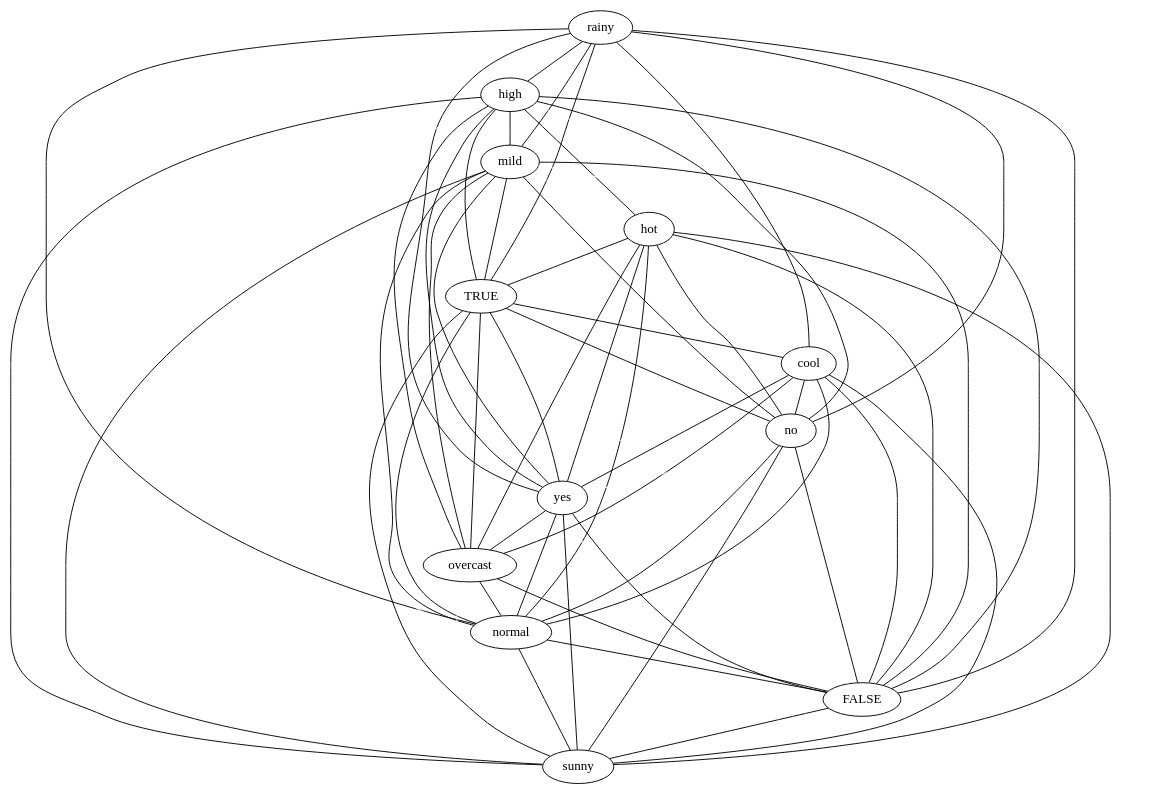
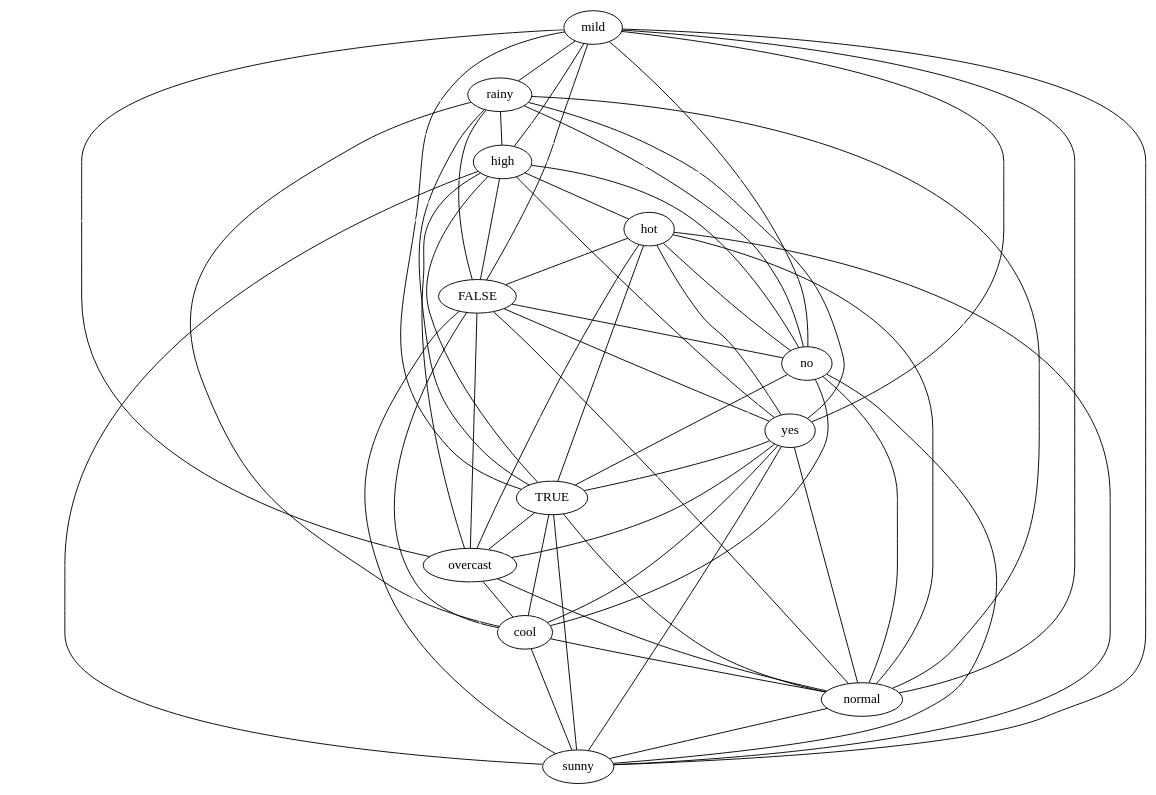
Before and after one commit to lrodrin/TFG: the diagram in src/SQL/planar.dot, drawn with Graphviz. The commit also changed 10 other files, not shown here.

```diff
--- a/src/SQL/planar.dot
+++ b/src/SQL/planar.dot
@@ -1,80 +1,80 @@
 strict graph "" {
+mild;
 rainy;
 high;
-mild;
 hot;
-TRUE;
-cool;
+FALSE;
 no;
 yes;
+TRUE;
 overcast;
+cool;
 normal;
-FALSE;
 sunny;
+mild -- yes  [color=black];
+mild -- TRUE  [color=black];
+mild -- rainy  [color=black];
+mild -- normal  [color=black];
+mild -- overcast  [color=black];
+mild -- FALSE  [color=black];
+mild -- high  [color=black];
+mild -- cool  [color=white];
+mild -- hot  [color=white];
+mild -- sunny  [color=black];
+mild -- no  [color=black];
+rainy -- sunny  [color=white];
+rainy -- yes  [color=black];
 rainy -- TRUE  [color=black];
+rainy -- normal  [color=black];
+rainy -- overcast  [color=white];
+rainy -- FALSE  [color=black];
 rainy -- high  [color=black];
 rainy -- cool  [color=black];
+rainy -- hot  [color=white];
 rainy -- no  [color=black];
-rainy -- mild  [color=black];
-rainy -- yes  [color=black];
-rainy -- hot  [color=white];
-rainy -- normal  [color=black];
-rainy -- FALSE  [color=black];
-rainy -- sunny  [color=white];
-rainy -- overcast  [color=white];
+high -- sunny  [color=black];
 high -- TRUE  [color=black];
+high -- normal  [color=white];
 high -- overcast  [color=black];
+high -- FALSE  [color=black];
+high -- yes  [color=black];
 high -- cool  [color=white];
+high -- hot  [color=black];
 high -- no  [color=black];
-high -- mild  [color=black];
-high -- yes  [color=black];
-high -- hot  [color=black];
-high -- normal  [color=white];
-high -- FALSE  [color=black];
-high -- sunny  [color=black];
-mild -- TRUE  [color=black];
-mild -- cool  [color=white];
-mild -- no  [color=black];
-mild -- yes  [color=black];
-mild -- hot  [color=white];
-mild -- normal  [color=black];
-mild -- FALSE  [color=black];
-mild -- sunny  [color=black];
-mild -- overcast  [color=black];
+hot -- sunny  [color=black];
 hot -- yes  [color=black];
+hot -- TRUE  [color=black];
+hot -- normal  [color=black];
+hot -- overcast  [color=black];
+hot -- FALSE  [color=black];
 hot -- cool  [color=white];
 hot -- no  [color=black];
-hot -- TRUE  [color=black];
-hot -- normal  [color=black];
-hot -- FALSE  [color=black];
-hot -- sunny  [color=black];
-hot -- overcast  [color=black];
-TRUE -- yes  [color=black];
+FALSE -- sunny  [color=black];
+FALSE -- yes  [color=black];
+FALSE -- TRUE  [color=white];
+FALSE -- overcast  [color=black];
+FALSE -- normal  [color=black];
+FALSE -- cool  [color=black];
+FALSE -- no  [color=black];
+no -- sunny  [color=black];
+no -- yes  [color=white];
+no -- TRUE  [color=black];
+no -- normal  [color=black];
+no -- overcast  [color=white];
+no -- cool  [color=black];
+yes -- sunny  [color=black];
+yes -- TRUE  [color=black];
+yes -- normal  [color=black];
+yes -- overcast  [color=black];
+yes -- cool  [color=black];
+TRUE -- sunny  [color=black];
+TRUE -- normal  [color=black];
+TRUE -- overcast  [color=black];
 TRUE -- cool  [color=black];
-TRUE -- no  [color=black];
-TRUE -- normal  [color=black];
-TRUE -- FALSE  [color=white];
-TRUE -- sunny  [color=black];
-TRUE -- overcast  [color=black];
+overcast -- normal  [color=black];
+overcast -- sunny  [color=white];
+overcast -- cool  [color=black];
+cool -- sunny  [color=black];
 cool -- normal  [color=black];
-cool -- no  [color=black];
-cool -- yes  [color=black];
-cool -- FALSE  [color=black];
-cool -- sunny  [color=black];
-cool -- overcast  [color=black];
-no -- yes  [color=white];
-no -- normal  [color=black];
-no -- FALSE  [color=black];
-no -- sunny  [color=black];
-no -- overcast  [color=white];
-yes -- normal  [color=black];
-yes -- FALSE  [color=black];
-yes -- sunny  [color=black];
-yes -- overcast  [color=black];
-overcast -- normal  [color=black];
-overcast -- FALSE  [color=black];
-overcast -- sunny  [color=white];
-normal -- FALSE  [color=black];
 normal -- sunny  [color=black];
-FALSE -- sunny  [color=black];
 }
```
